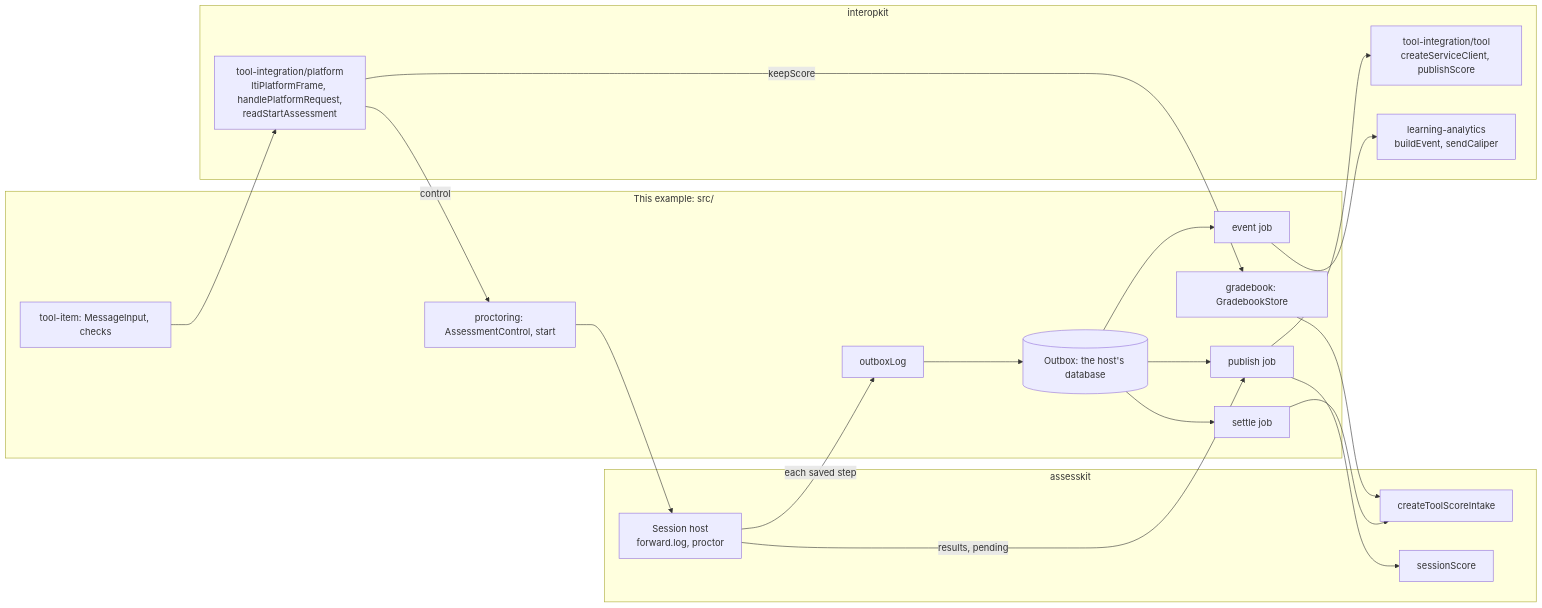
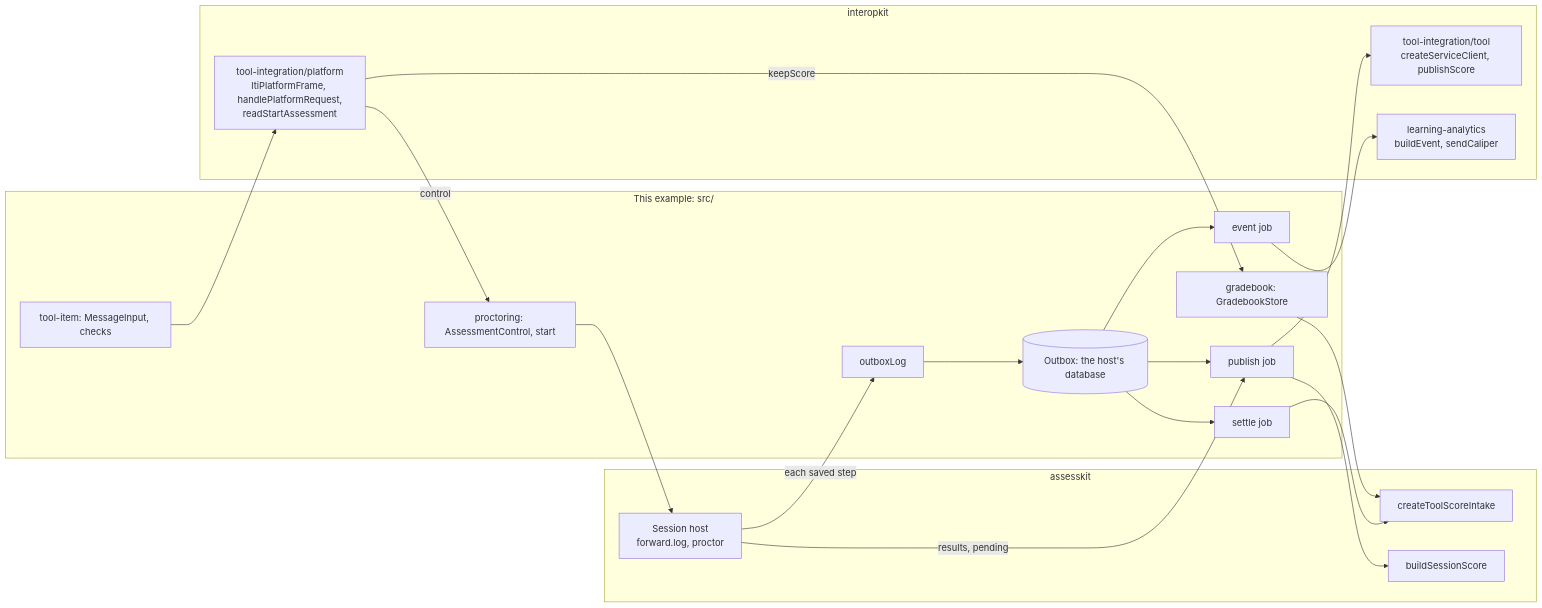
Before and after one commit to assesskit/assesskit: the diagram in examples/player/lms-integration/README.md, drawn with Mermaid. The commit also changed other lines of this file and 80 other files, not shown here.

````diff
--- a/examples/player/lms-integration/README.md
+++ b/examples/player/lms-integration/README.md
@@ -7,34 +7,34 @@
 ```mermaid
 flowchart LR
   subgraph assesskit["assesskit"]
     host["Session host<br/>forward.log, proctor"]
     intake["createToolScoreIntake"]
-    score["sessionScore"]
+    score["buildSessionScore"]
   end
   subgraph example["This example: src/"]
     log["outboxLog"] --> outbox[("Outbox: the host's database")]
     settle["settle job"]
     events["event job"]
     publish["publish job"]
     item["tool-item: MessageInput, checks"]
     gradebook["gradebook: GradebookStore"]
     proctoring["proctoring: AssessmentControl, start"]
   end
   subgraph kit["interopkit"]
     platform["tool-integration/platform<br/>ltiPlatformFrame, handlePlatformRequest,<br/>readStartAssessment"]
     tool["tool-integration/tool<br/>createServiceClient, publishScore"]
     analytics["learning-analytics<br/>buildEvent, sendCaliper"]
   end
   host -->|each saved step| log
   outbox --> settle --> intake
   outbox --> events --> analytics
   outbox --> publish
   host -->|results, pending| publish
   publish --> score
   publish --> tool
   item --> platform
   platform -->|keepScore| gradebook
   gradebook --> intake
   platform -->|control| proctoring
   proctoring --> host
 ```
````
